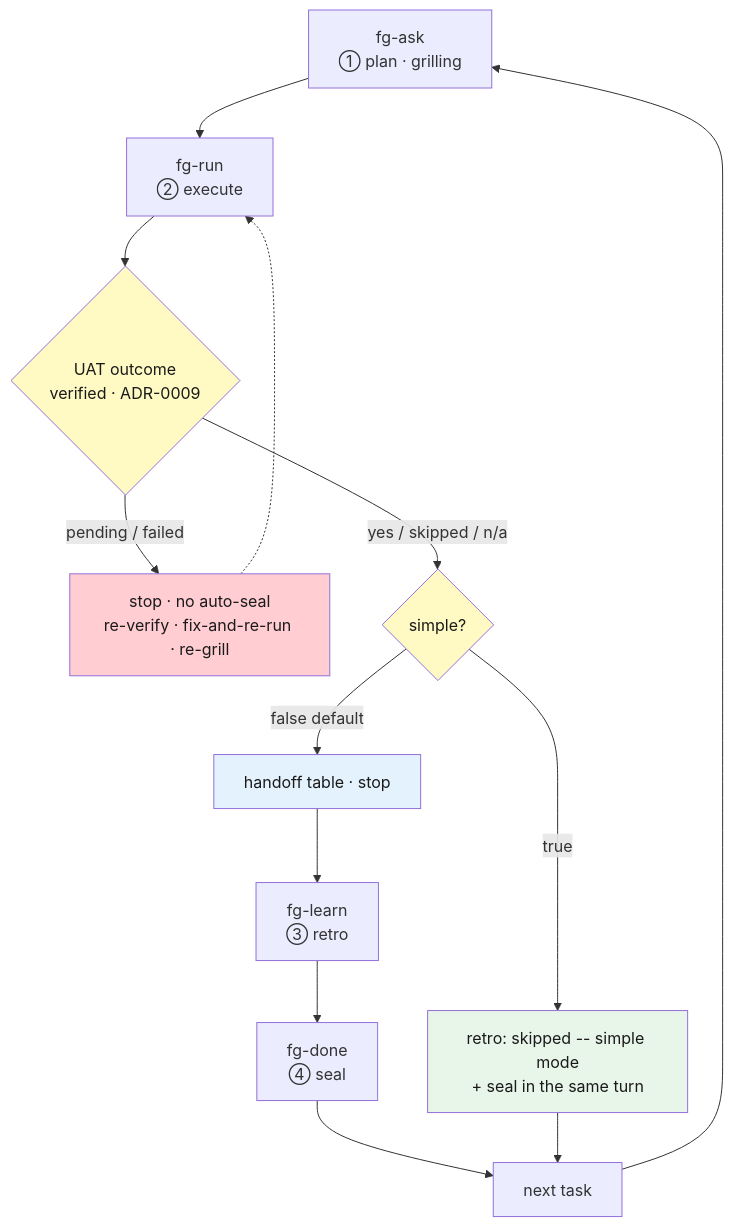
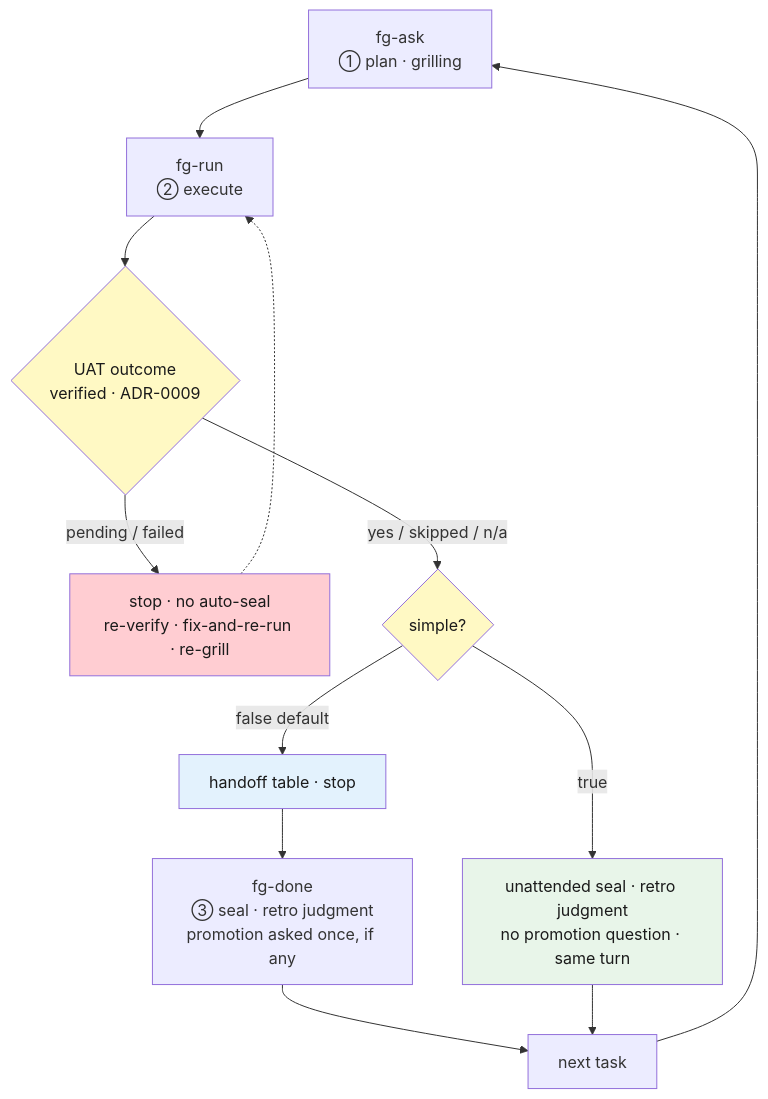
One commit to gyuha/forge changed the diagram in docs/en/config-modes.md. Above: the diagram before and after it, drawn with Mermaid. The commit also changed other lines of this file and 77 other files, not shown here.

Commit message:
refactor(loop): fold retro into seal and drop the retro stage

````diff
--- a/docs/en/config-modes.md
+++ b/docs/en/config-modes.md
@@ -71,20 +71,19 @@
 ```mermaid
 flowchart TD
     ASK[fg-ask<br/>① plan · grilling] --> RUN[fg-run<br/>② execute]
     RUN --> UAT{UAT outcome<br/>verified · ADR-0009}
     UAT -->|pending / failed| STOP[stop · no auto-seal<br/>re-verify · fix-and-re-run · re-grill]
     STOP -.-> RUN
     UAT -->|yes / skipped / n/a| S{simple?}
     S -->|false default| HAND[handoff table · stop]
-    HAND --> LEARN[fg-learn<br/>③ retro]
-    LEARN --> DONE1[fg-done<br/>④ seal]
-    S -->|true| AUTO[retro: skipped -- simple mode<br/>+ seal in the same turn]
+    HAND --> DONE1[fg-done<br/>③ seal · retro judgment<br/>promotion asked once, if any]
+    S -->|true| AUTO[unattended seal · retro judgment<br/>no promotion question · same turn]
     DONE1 --> NEXT[next task]
     AUTO --> NEXT
     NEXT --> ASK
     style UAT fill:#fff9c4,color:#1a1a1a
     style S fill:#fff9c4,color:#1a1a1a
     style AUTO fill:#e8f5e9,color:#1a1a1a
     style STOP fill:#ffcdd2,color:#1a1a1a
     style HAND fill:#e3f2fd,color:#1a1a1a
 ```
````
